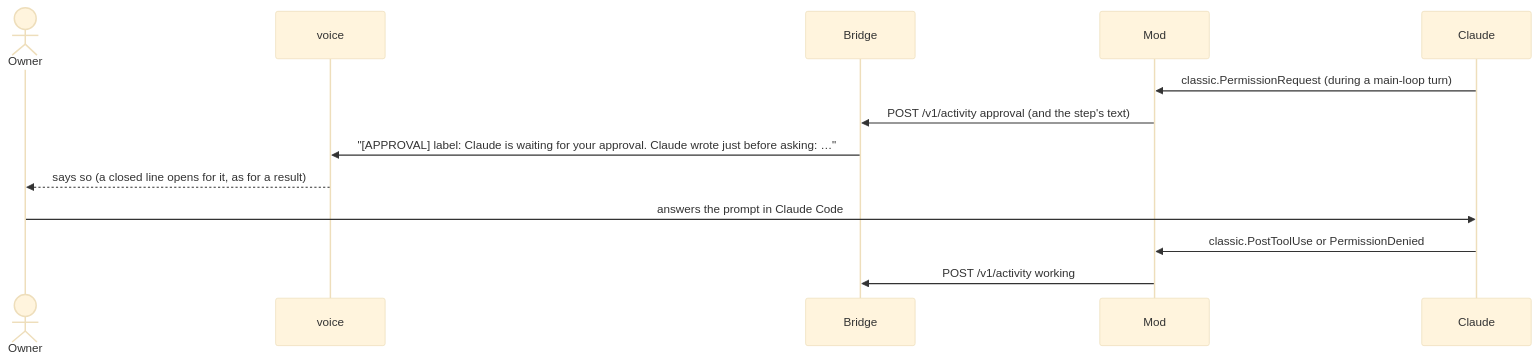
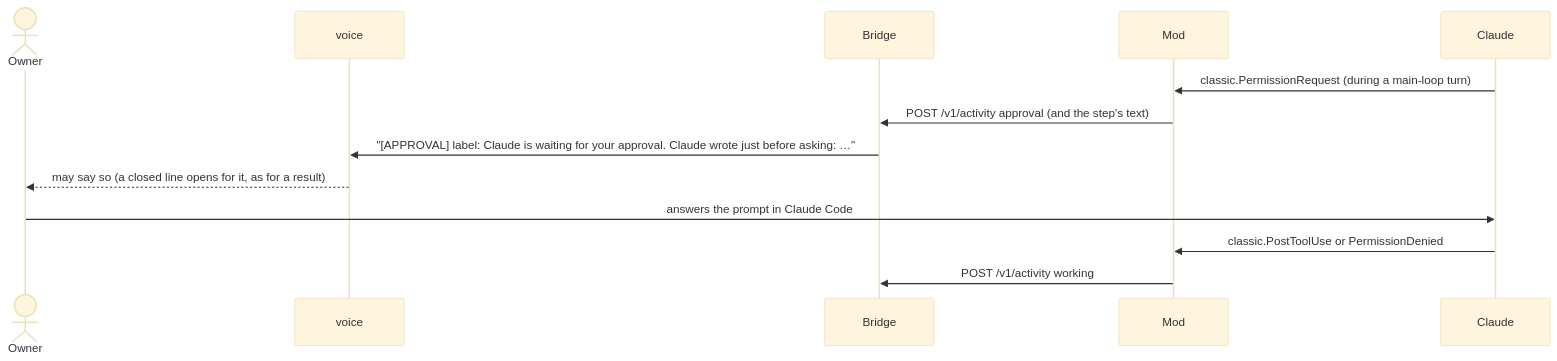
The seventh of 8 diagrams in docs/architecture/overview.md (Nezhinskiy/claude-gpt-live-bridge), drawn with Mermaid (base theme) before and after one commit. The commit also changed other lines of this file and 5 other files, not shown here.

````diff
--- a/docs/architecture/overview.md
+++ b/docs/architecture/overview.md
@@ -390,15 +395,15 @@
 ```mermaid
 sequenceDiagram
   actor Owner
   participant Codex as voice
   participant Bridge
   participant Mod
   participant Claude
   Claude->>Mod: classic.PermissionRequest (during a main-loop turn)
   Mod->>Bridge: POST /v1/activity approval (and the step's text)
   Bridge->>Codex: "[APPROVAL] label: Claude is waiting for your approval. Claude wrote just before asking: …"
-  Codex-->>Owner: says so (a closed line opens for it, as for a result)
+  Codex-->>Owner: may say so (a closed line opens for it, as for a result)
   Owner->>Claude: answers the prompt in Claude Code
   Claude->>Mod: classic.PostToolUse or PermissionDenied
   Mod->>Bridge: POST /v1/activity working
 ```
````
